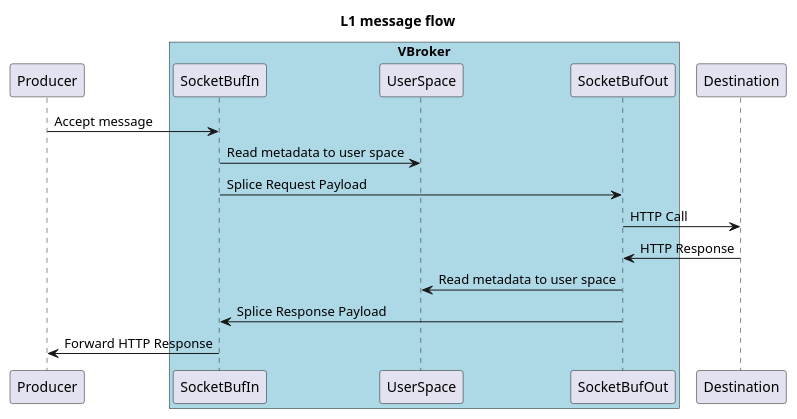
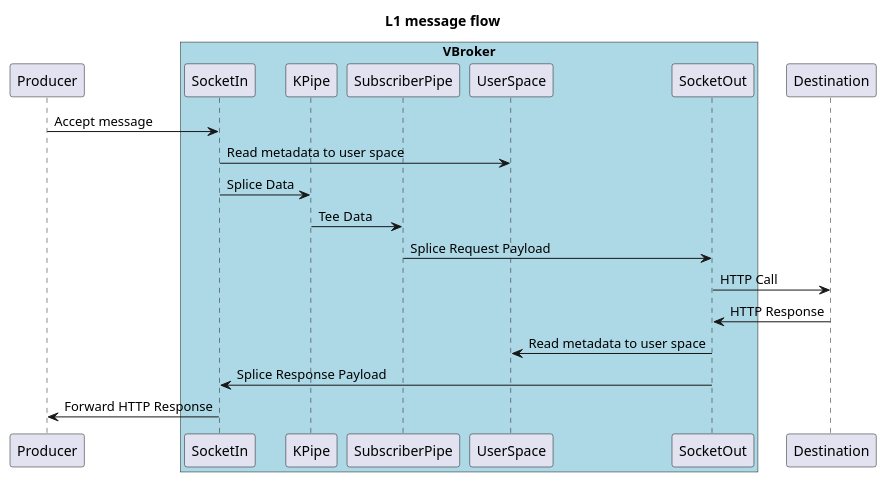
One commit to flipkart-incubator/vbroker changed the diagram in docs/seq_diagrams/L1_seq.puml. Above: the diagram before and after it, drawn with PlantUML. The commit also changed 1 other file, not shown here.

Commit message:
Tweaked seq diagrams

```diff
--- a/docs/seq_diagrams/L1_seq.puml
+++ b/docs/seq_diagrams/L1_seq.puml
@@ -1,16 +1,20 @@
 @startuml
 title L1 message flow
-Producer -> SocketBufIn : Accept message
+Producer -> SocketIn : Accept message
 box "VBroker" #LightBlue
-    participant SocketBufIn
+    participant SocketIn
+    participant KPipe
+    participant SubscriberPipe
     participant UserSpace
-    participant SocketBufOut
+    participant SocketOut
 end box
-SocketBufIn -> UserSpace : Read metadata to user space
-SocketBufIn -> SocketBufOut : Splice Request Payload
-SocketBufOut -> Destination : HTTP Call
-Destination -> SocketBufOut : HTTP Response
-SocketBufOut -> UserSpace : Read metadata to user space
-SocketBufOut -> SocketBufIn : Splice Response Payload
-SocketBufIn -> Producer : Forward HTTP Response
+SocketIn -> UserSpace : Read metadata to user space
+SocketIn -> KPipe : Splice Data
+KPipe -> SubscriberPipe : Tee Data
+SubscriberPipe -> SocketOut : Splice Request Payload
+SocketOut -> Destination : HTTP Call
+Destination -> SocketOut : HTTP Response
+SocketOut -> UserSpace : Read metadata to user space
+SocketOut -> SocketIn : Splice Response Payload
+SocketIn -> Producer : Forward HTTP Response
 @enduml
```
